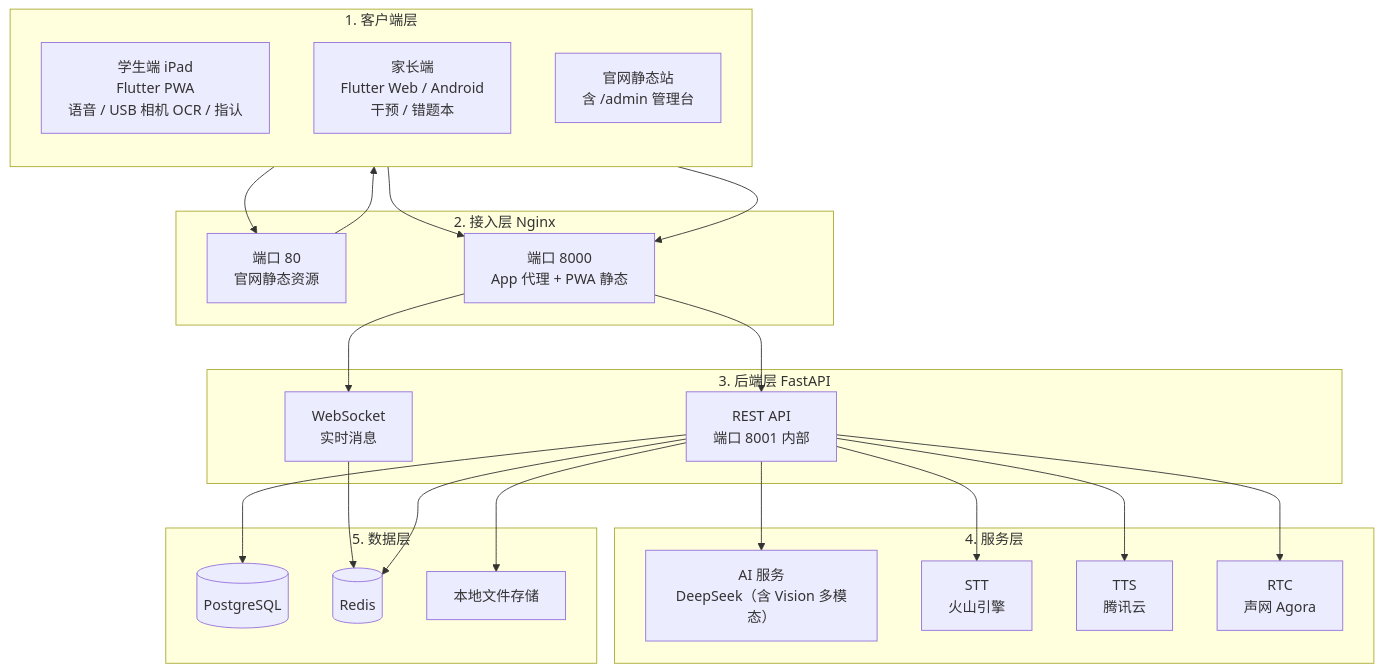
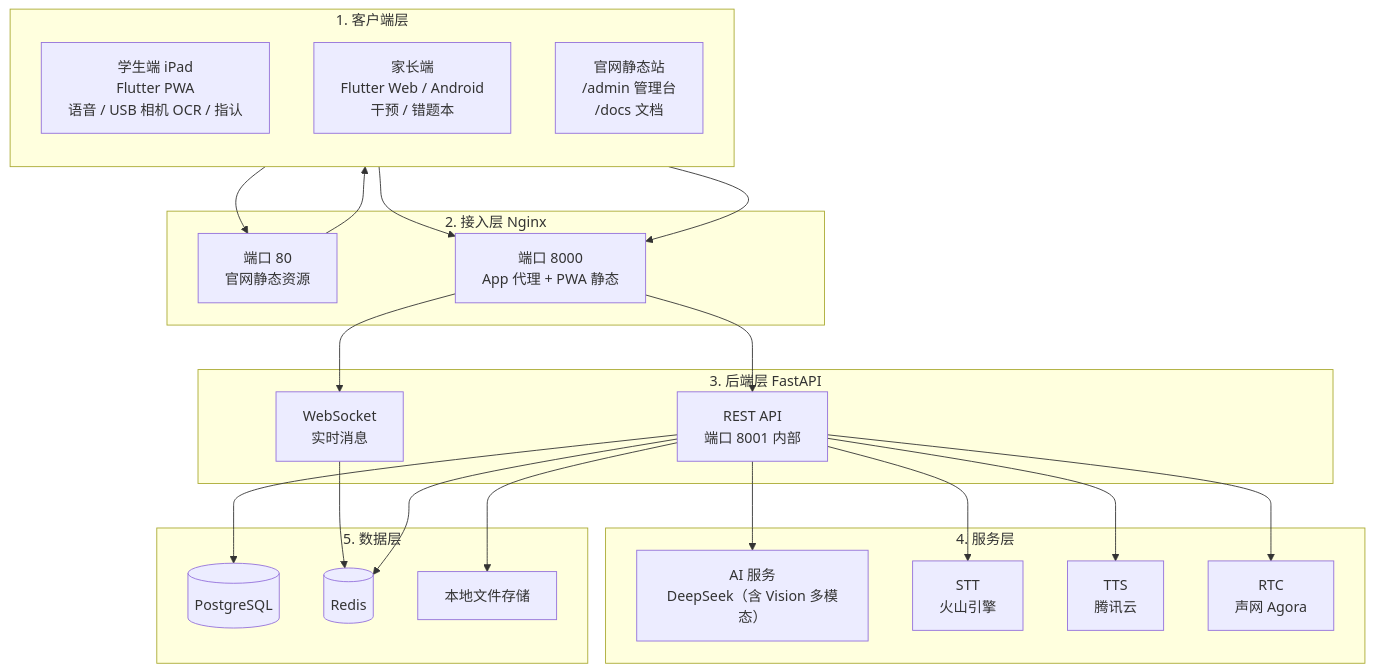
One commit to xuzixiao198964-boop/ai-study-platform changed the first of 4 diagrams in doc/架构设计文档.md. Above: the diagram before and after it, drawn with Mermaid. The commit also changed other lines of this file and 15 other files, not shown here.

````diff
--- a/doc/架构设计文档.md
+++ b/doc/架构设计文档.md
@@ -35,50 +36,50 @@
 ```mermaid
 flowchart TB
     subgraph ClientLayer["1. 客户端层"]
         direction TB
         IPAD["学生端 iPad<br/>Flutter PWA<br/>语音 / USB 相机 OCR / 指认"]
         PARENT["家长端<br/>Flutter Web / Android<br/>干预 / 错题本"]
-        WEB["官网静态站<br/>含 /admin 管理台"]
+        WEB["官网静态站<br/>/admin 管理台<br/>/docs 文档"]
     end
 
     subgraph NginxLayer["2. 接入层 Nginx"]
         NG80["端口 80<br/>官网静态资源"]
         NG8K["端口 8000<br/>App 代理 + PWA 静态"]
     end
 
     subgraph BackendLayer["3. 后端层 FastAPI"]
         API["REST API<br/>端口 8001 内部"]
         WS["WebSocket<br/>实时消息"]
     end
 
     subgraph ServiceLayer["4. 服务层"]
         AI["AI 服务<br/>DeepSeek（含 Vision 多模态）"]
         STT["STT<br/>火山引擎"]
         TTS["TTS<br/>腾讯云"]
         RTC["RTC<br/>声网 Agora"]
     end
 
     subgraph DataLayer["5. 数据层"]
         PG[("PostgreSQL")]
         RD[("Redis")]
         FS["本地文件存储"]
     end
 
     IPAD --> NG8K
     PARENT --> NG8K
     WEB --> NG80
 
     NG8K --> API
     NG8K --> WS
     NG80 --> WEB
 
     API --> AI
     API --> STT
     API --> TTS
     API --> RTC
     WS --> RD
 
     API --> PG
     API --> RD
     API --> FS
 ```
````
